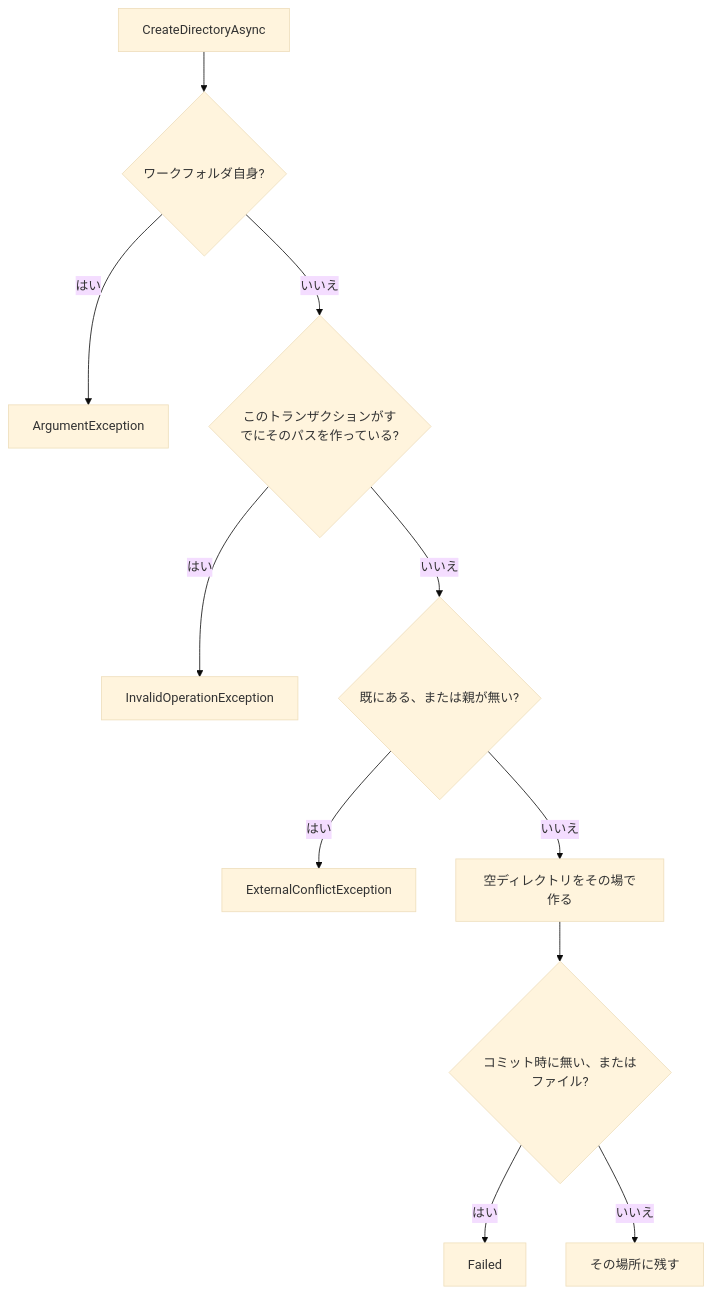
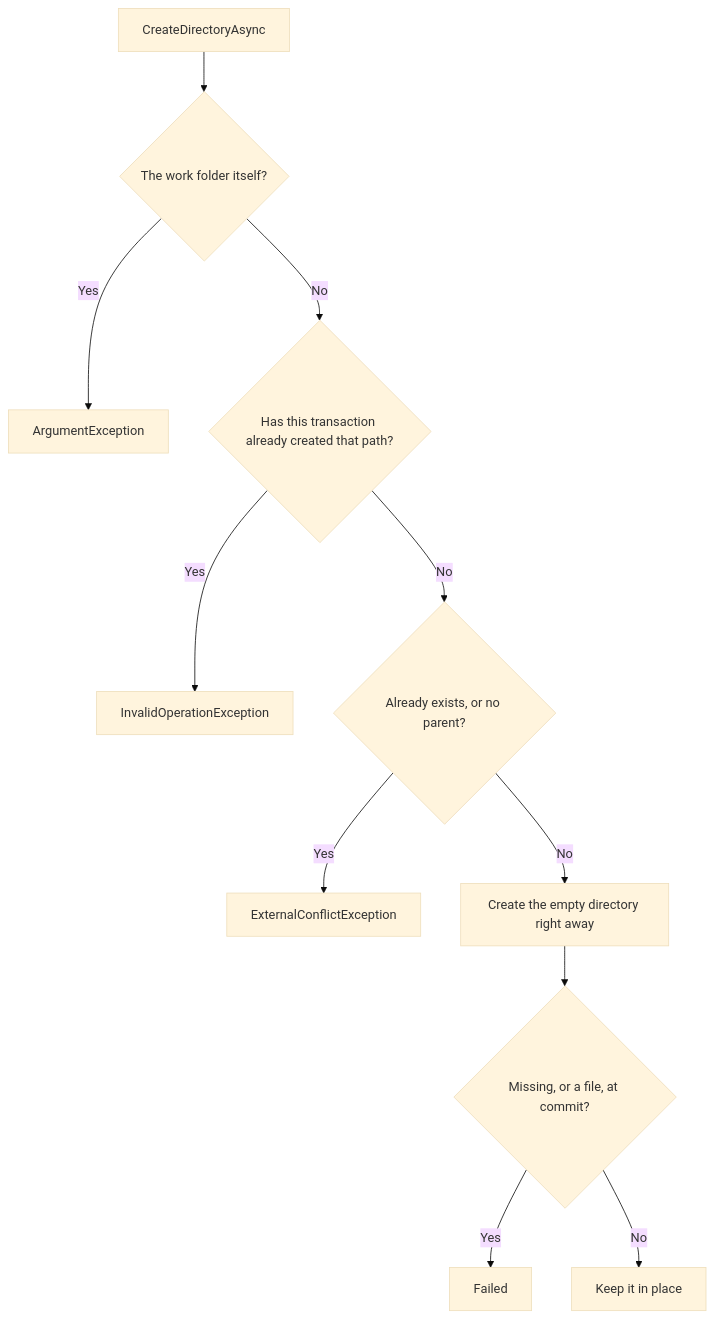
The tenth of 15 diagrams in README.md (YUKIKEDA/Txfio), drawn with Mermaid (base theme) before and after one commit. The commit also changed other lines of this file and 218 other files, not shown here.

````diff
--- a/README.md
+++ b/README.md
@@ -357,13 +359,13 @@
 ```mermaid
 flowchart TD
-  mk["CreateDirectoryAsync"] --> self{"ワークフォルダ自身?"}
-  self -->|はい| arg["ArgumentException"]
-  self -->|いいえ| again{"このトランザクションがすでにそのパスを作っている?"}
-  again -->|はい| inv["InvalidOperationException"]
-  again -->|いいえ| blocked{"既にある、または親が無い?"}
-  blocked -->|はい| ext["ExternalConflictException"]
-  blocked -->|いいえ| made["空ディレクトリをその場で作る"]
-  made --> commit{"コミット時に無い、またはファイル?"}
-  commit -->|はい| failed["Failed"]
-  commit -->|いいえ| keep["その場所に残す"]
+  mk["CreateDirectoryAsync"] --> self{"The work folder itself?"}
+  self -->|Yes| arg["ArgumentException"]
+  self -->|No| again{"Has this transaction already created that path?"}
+  again -->|Yes| inv["InvalidOperationException"]
+  again -->|No| blocked{"Already exists, or no parent?"}
+  blocked -->|Yes| ext["ExternalConflictException"]
+  blocked -->|No| made["Create the empty directory right away"]
+  made --> commit{"Missing, or a file, at commit?"}
+  commit -->|Yes| failed["Failed"]
+  commit -->|No| keep["Keep it in place"]
 ```
````
